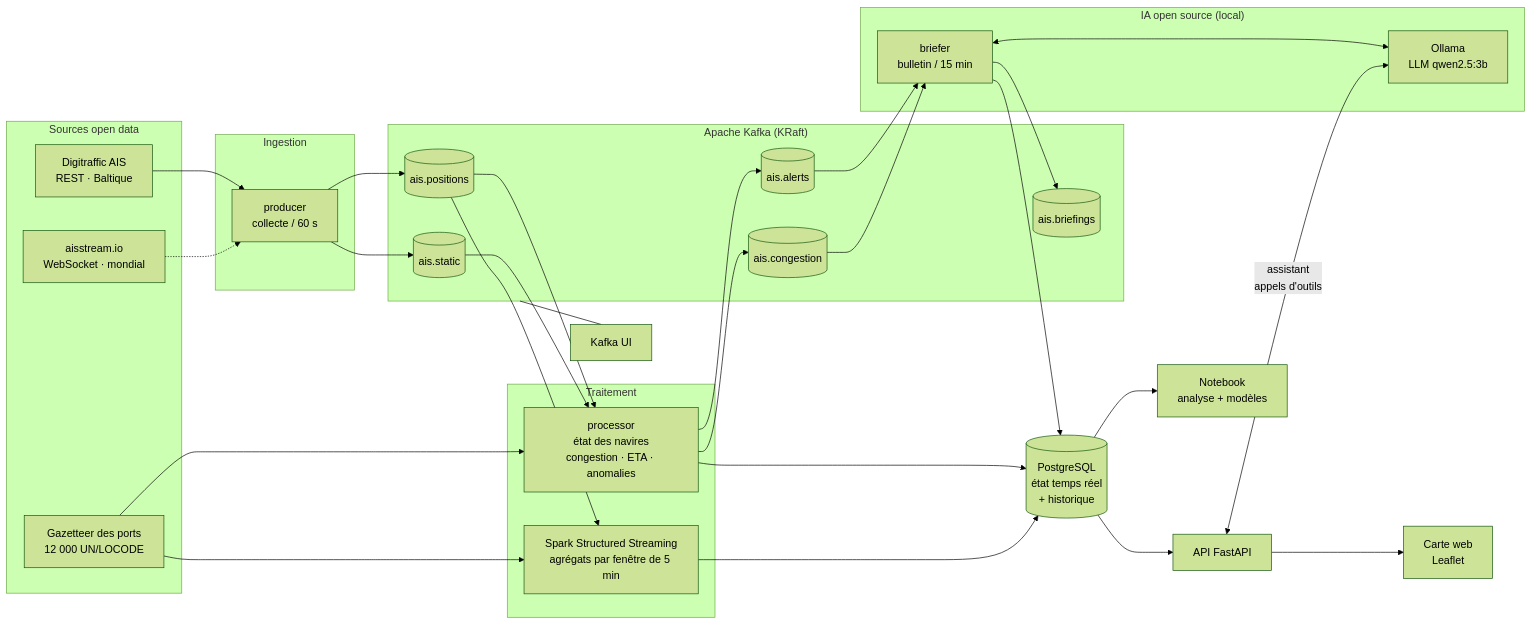
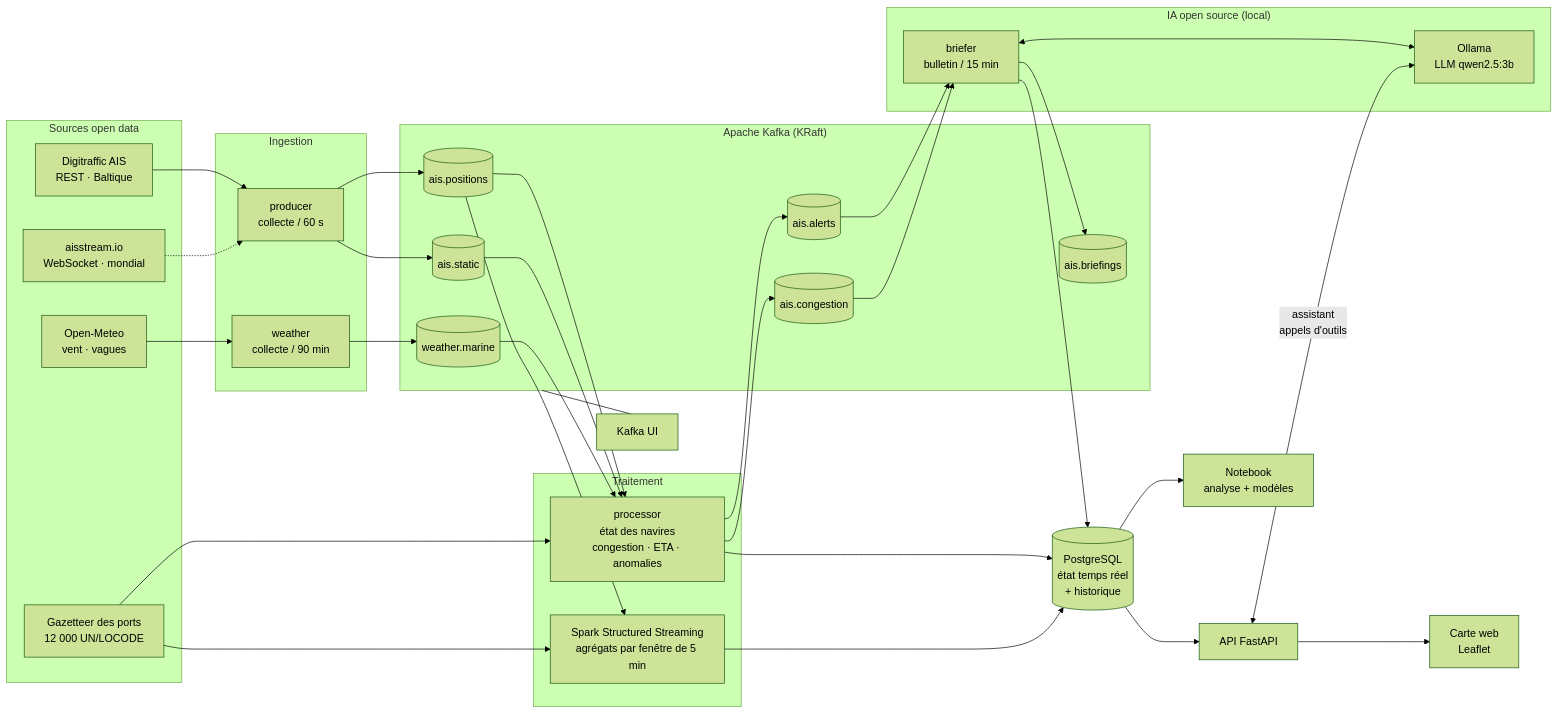
The first of 2 diagrams in README.md (theoUniv/vigie-trafic-maritime), drawn with Mermaid (forest theme) before and after one commit. The commit also changed other lines of this file and 17 other files, not shown here.

First line of the commit message:
Ajout de la météo marine Open-Meteo (deuxième source open data)

````diff
--- a/README.md
+++ b/README.md
@@ -35,55 +36,59 @@
 ```mermaid
 flowchart LR
     subgraph Sources["Sources open data"]
         DT["Digitraffic AIS<br/>REST · Baltique"]
         AS["aisstream.io<br/>WebSocket · mondial"]
         PT["Gazetteer des ports<br/>12 000 UN/LOCODE"]
+        OM["Open-Meteo<br/>vent · vagues"]
     end
 
     subgraph Ingestion
         P["producer<br/>collecte / 60 s"]
+        WX["weather<br/>collecte / 90 min"]
     end
 
     subgraph Kafka["Apache Kafka (KRaft)"]
         T1[("ais.positions")]
         T2[("ais.static")]
         T3[("ais.alerts")]
         T4[("ais.congestion")]
         T5[("ais.briefings")]
+        T6[("weather.marine")]
     end
 
     subgraph Traitement
         PR["processor<br/>état des navires<br/>congestion · ETA · anomalies"]
         SP["Spark Structured Streaming<br/>agrégats par fenêtre de 5 min"]
     end
 
     subgraph IA["IA open source (local)"]
         BR["briefer<br/>bulletin / 15 min"]
         OL["Ollama<br/>LLM qwen2.5:3b"]
     end
 
     DB[("PostgreSQL<br/>état temps réel<br/>+ historique")]
     API["API FastAPI"]
     WEB["Carte web<br/>Leaflet"]
     NB["Notebook<br/>analyse + modèles"]
     UI["Kafka UI"]
 
     DT --> P
     AS -.-> P
     P --> T1 & T2
-    T1 & T2 --> PR
+    OM --> WX --> T6
+    T1 & T2 & T6 --> PR
     PT --> PR
     PR --> T3 & T4
     PR --> DB
     T1 --> SP
     PT --> SP
     SP --> DB
     DB --> API --> WEB
     DB --> NB
     T3 & T4 --> BR
     BR <--> OL
     BR --> T5
     BR --> DB
     API <-->|"assistant<br/>appels d'outils"| OL
     Kafka --- UI
 ```
````
